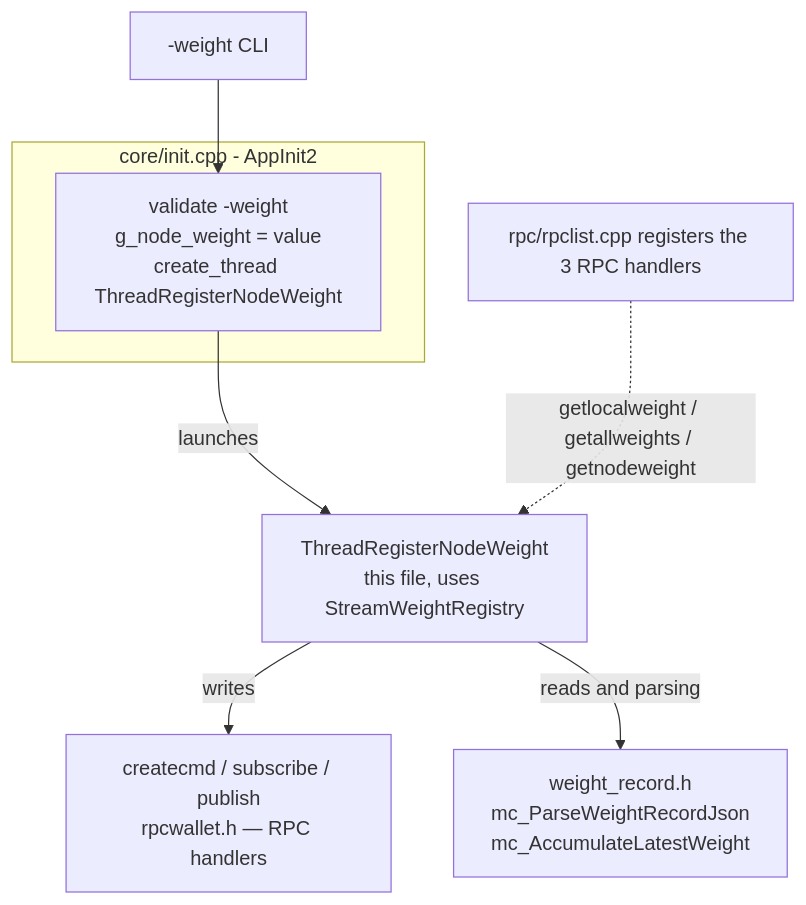
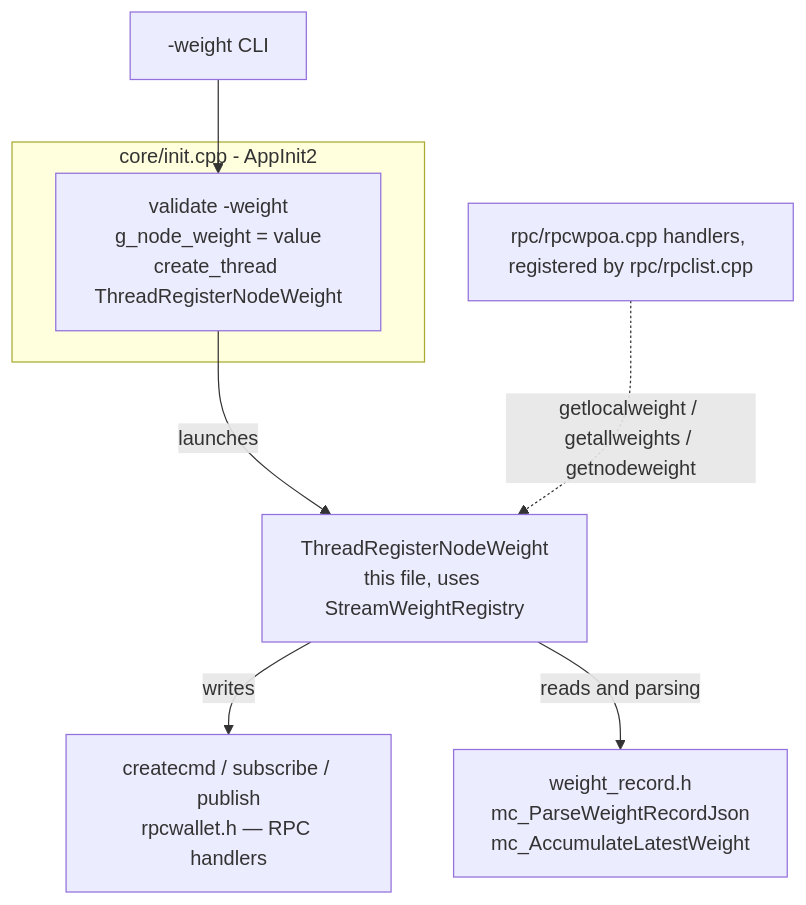
The second of 2 diagrams in docs/stream-weight-registry.md (FeMattu/multichain), drawn with Mermaid before and after one commit. The commit also changed other lines of this file and 18 other files, not shown here.

````diff
--- a/docs/stream-weight-registry.md
+++ b/docs/stream-weight-registry.md
@@ -947,15 +952,15 @@
 ```mermaid
 flowchart TD
     CLI[-weight CLI] --> INIT
 
     subgraph initcpp [core/init.cpp - AppInit2]
         INIT[validate -weight<br/>g_node_weight = value<br/>create_thread ThreadRegisterNodeWeight]
     end
 
     INIT -->|launches| THREAD[ThreadRegisterNodeWeight<br/>this file, uses StreamWeightRegistry]
 
     THREAD -->|writes| WR[createcmd / subscribe / publish<br/>rpcwallet.h — RPC handlers]
     THREAD -->|reads and parsing| WREC[weight_record.h<br/>mc_ParseWeightRecordJson<br/>mc_AccumulateLatestWeight]
 
-    RPCLIST[rpc/rpclist.cpp registers the 3 RPC handlers] -.->|getlocalweight / getallweights / getnodeweight| THREAD
+    RPCLIST[rpc/rpcwpoa.cpp handlers, registered by rpc/rpclist.cpp] -.->|getlocalweight / getallweights / getnodeweight| THREAD
 ```
````
